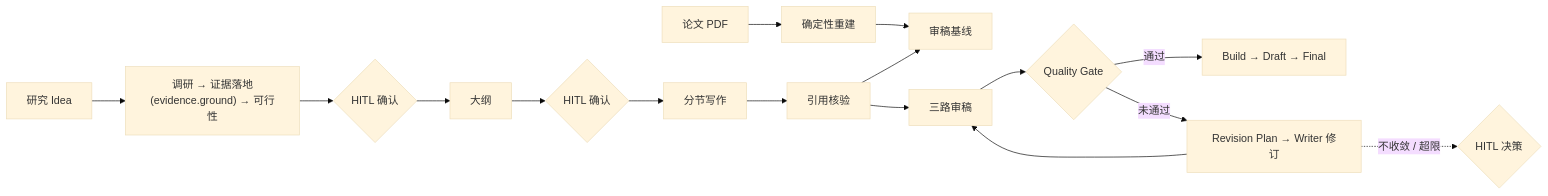
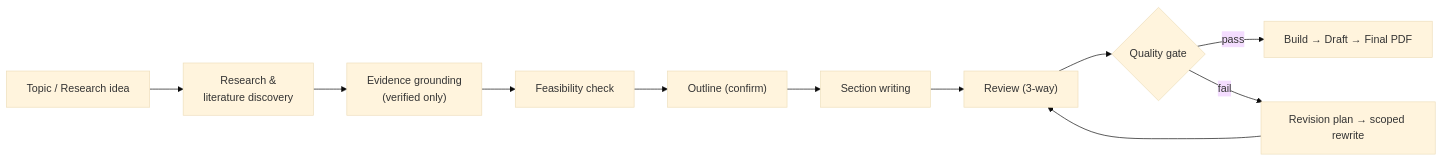
One commit to JiahongXu88/PaperTeam changed the first of 2 diagrams in README.md. Above: the diagram before and after it, drawn with Mermaid (base theme). The commit also changed other lines of this file and 1 other file, not shown here.

````diff
--- a/README.md
+++ b/README.md
@@ -103,11 +110,8 @@
 ```mermaid
 flowchart LR
-    A["研究 Idea"] --> B["调研 → 证据落地<br/>(evidence.ground) → 可行性"] --> C{HITL 确认}
-    C --> D["大纲"] --> E{HITL 确认} --> F["分节写作"]
-    G["论文 PDF"] --> H["确定性重建"] --> I["审稿基线"]
-    F --> J["引用核验"] --> I
-    J --> K["三路审稿"] --> L{"Quality Gate"}
-    L -->|通过| M["Build → Draft → Final"]
-    L -->|未通过| N["Revision Plan → Writer 修订"] --> K
-    N -.不收敛 / 超限.-> O{HITL 决策}
+    T["Topic / Research idea"] --> R["Research &<br/>literature discovery"] --> E["Evidence grounding<br/>(verified only)"]
+    E --> F["Feasibility check"] --> O["Outline (confirm)"] --> W["Section writing"]
+    W --> RV["Review (3-way)"] --> G{"Quality gate"}
+    G -->|pass| P["Build → Draft → Final PDF"]
+    G -->|fail| V["Revision plan → scoped rewrite"] --> RV
 ```
````
